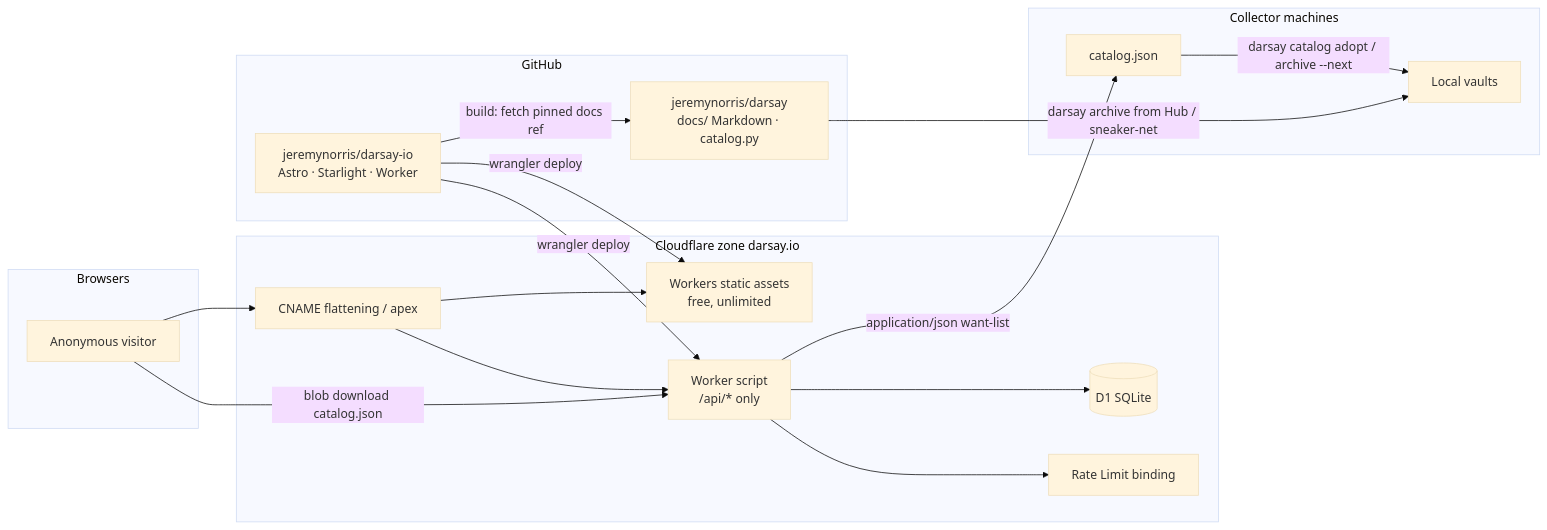
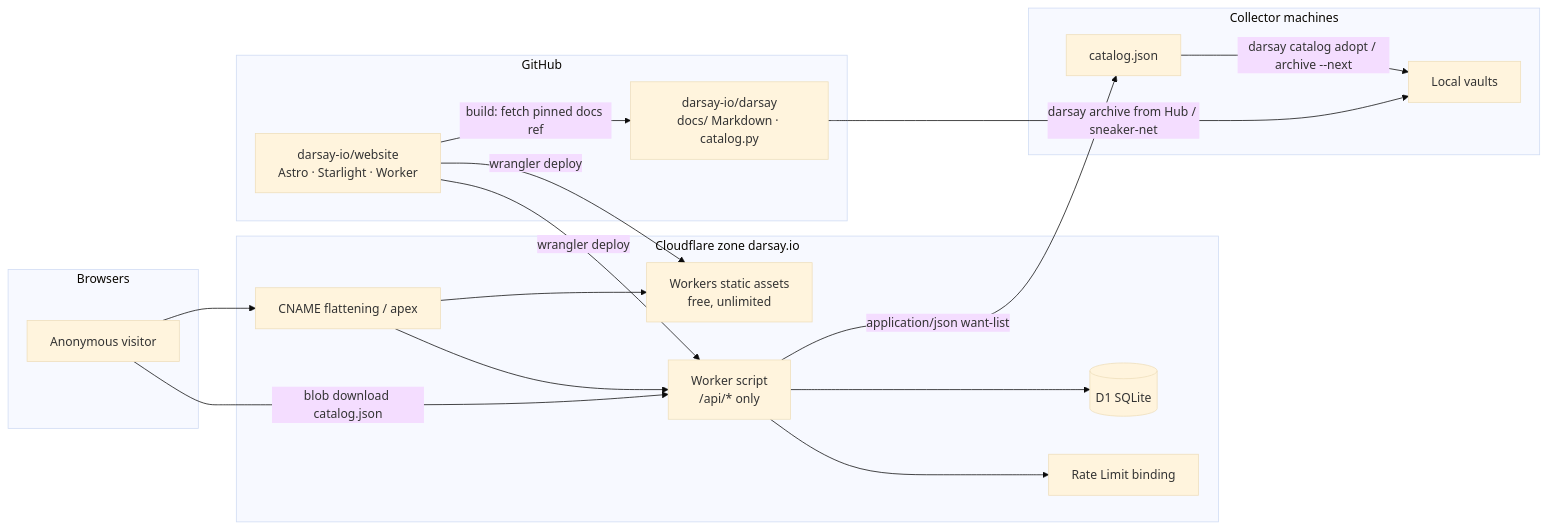
Before and after one commit to darsay-io/darsay: the first of 3 diagrams in docs/proposals/darsay-io.md, drawn with Mermaid (base theme). The commit also changed other lines of this file and 4 other files, not shown here.

````diff
--- a/docs/proposals/darsay-io.md
+++ b/docs/proposals/darsay-io.md
@@ -140,37 +140,37 @@
 ```mermaid
 flowchart LR
   subgraph browsers [Browsers]
     U[Anonymous visitor]
   end
 
   subgraph cf [Cloudflare zone darsay.io]
     DNS[CNAME flattening / apex]
     CDN[Workers static assets<br/>free, unlimited]
     W[Worker script<br/>/api/* only]
     D1[(D1 SQLite)]
     RL[Rate Limit binding]
   end
 
   subgraph gh [GitHub]
-    CLI[jeremynorris/darsay<br/>docs/ Markdown · catalog.py]
-    SITE[jeremynorris/darsay-io<br/>Astro · Starlight · Worker]
+    CLI[darsay-io/darsay<br/>docs/ Markdown · catalog.py]
+    SITE[darsay-io/website<br/>Astro · Starlight · Worker]
   end
 
   subgraph disk [Collector machines]
     V[Local vaults]
     C[catalog.json]
   end
 
   U --> DNS
   DNS --> CDN
   DNS --> W
   W --> D1
   W --> RL
   SITE -->|build: fetch pinned docs ref| CLI
   SITE -->|wrangler deploy| CDN
   SITE -->|wrangler deploy| W
   U -->|blob download catalog.json| W
   W -->|application/json want-list| C
   C -->|darsay catalog adopt / archive --next| V
   CLI -->|darsay archive from Hub / sneaker-net| V
 ```
````
